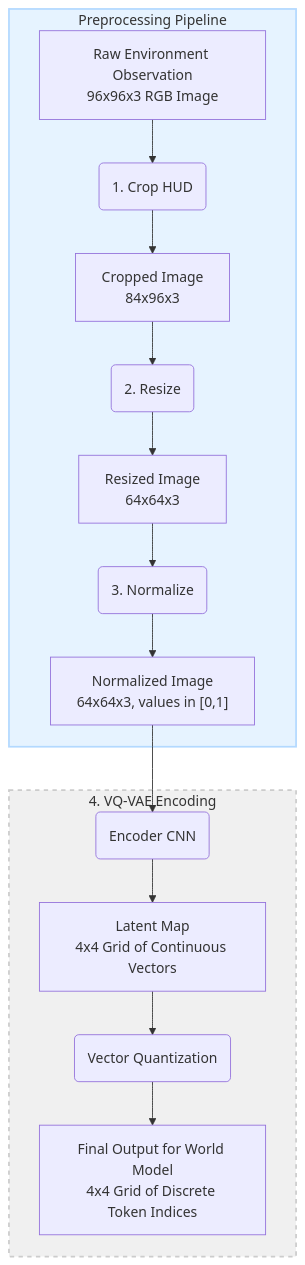
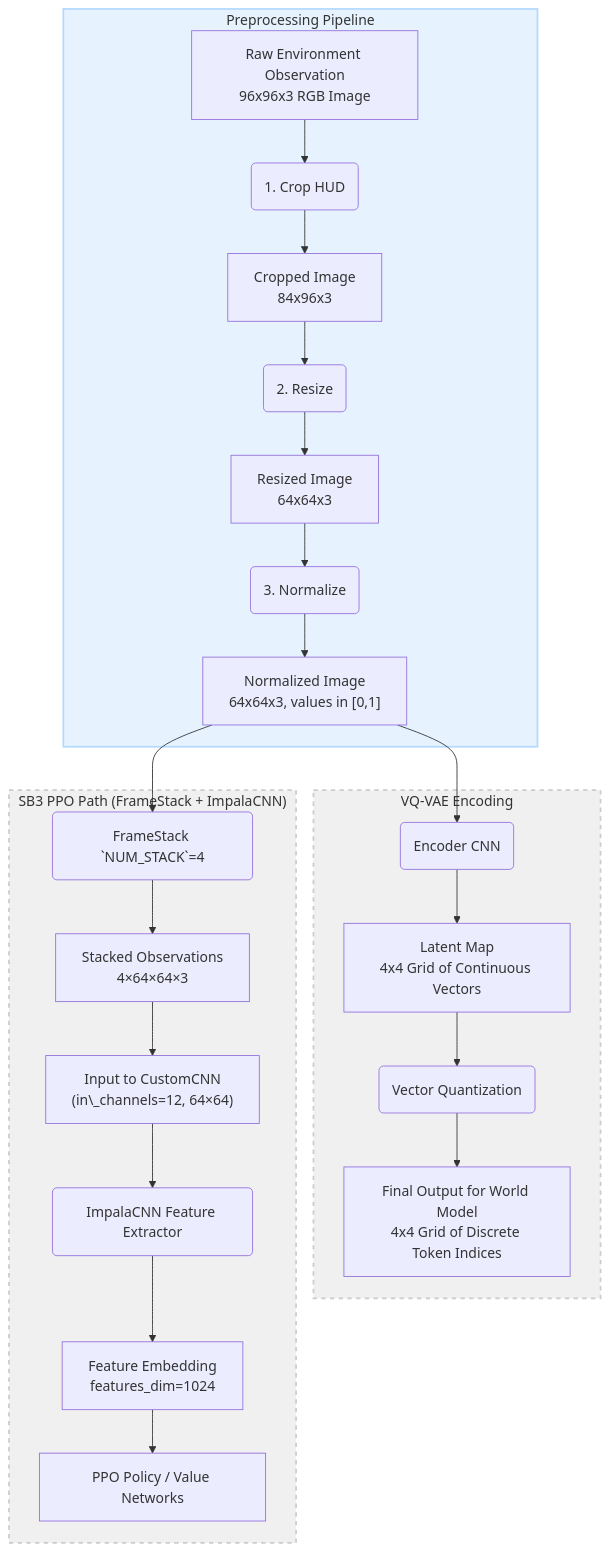
The diagram in diagrams/obs_preprocess_pipeline.mmd (Emtrixx/car-racing-world-model), drawn with Mermaid before and after one commit. The commit also changed 1 other file, not shown here.

Commit message:
feat: enhance observation preprocessing diagram with SB3 PPO path

```diff
--- a/diagrams/obs_preprocess_pipeline.mmd
+++ b/diagrams/obs_preprocess_pipeline.mmd
@@ -1,22 +1,32 @@
 graph TD
     subgraph s1 ["Preprocessing Pipeline"]
         A[Raw Environment Observation<br>96x96x3 RGB Image] --> B(1. Crop HUD);
         B --> C[Cropped Image<br>84x96x3];
         C --> D(2. Resize);
         D --> E[Resized Image<br>64x64x3];
         E --> F(3. Normalize);
         F --> G["Normalized Image<br>64x64x3, values in [0,1]"];
     end
 
-    subgraph s2 ["4. VQ-VAE Encoding"]
+    subgraph s2 ["VQ-VAE Encoding"]
         G --> H(Encoder CNN);
         H --> I[Latent Map<br>4x4 Grid of Continuous Vectors];
         I --> J(Vector Quantization);
         J --> K[Final Output for World Model<br>4x4 Grid of Discrete Token Indices];
+    end
+
+    subgraph s3 ["SB3 PPO Path (FrameStack + ImpalaCNN)"]
+        G --> L(FrameStack `NUM_STACK`=4);
+        L --> N["Stacked Observations<br>4×64×64×3"];
+        N --> O["Input to CustomCNN<br>(in\_channels=12, 64×64)"];
+        O --> P(ImpalaCNN Feature Extractor);
+        P --> Q[Feature Embedding<br>features_dim=1024];
+        Q --> R[PPO Policy / Value Networks];
     end
 
     classDef style1 fill:#e6f3ff,stroke:#b3d9ff,stroke-width:2px,color:#333;
     classDef style2 fill:#f0f0f0,stroke:#ccc,stroke-width:2px,stroke-dasharray:5 5,color:#333;
 
     class s1 style1;
     class s2 style2;
+    class s3 style2;
```
